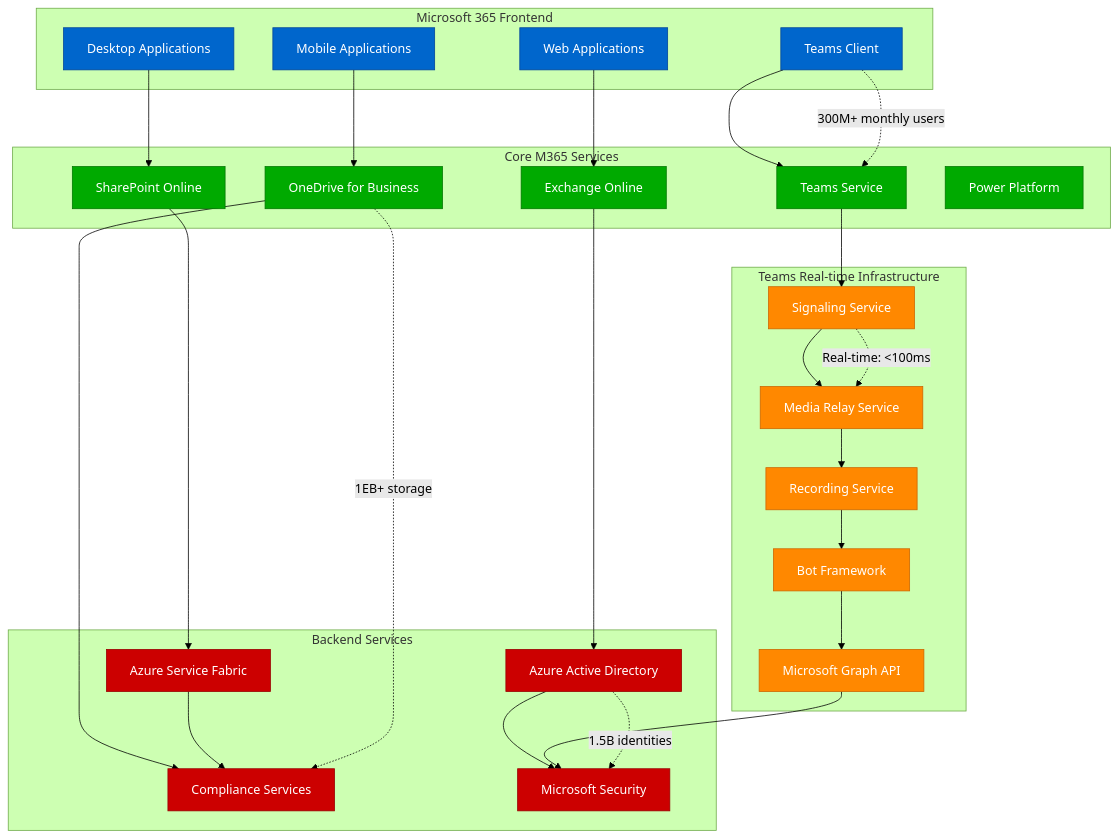
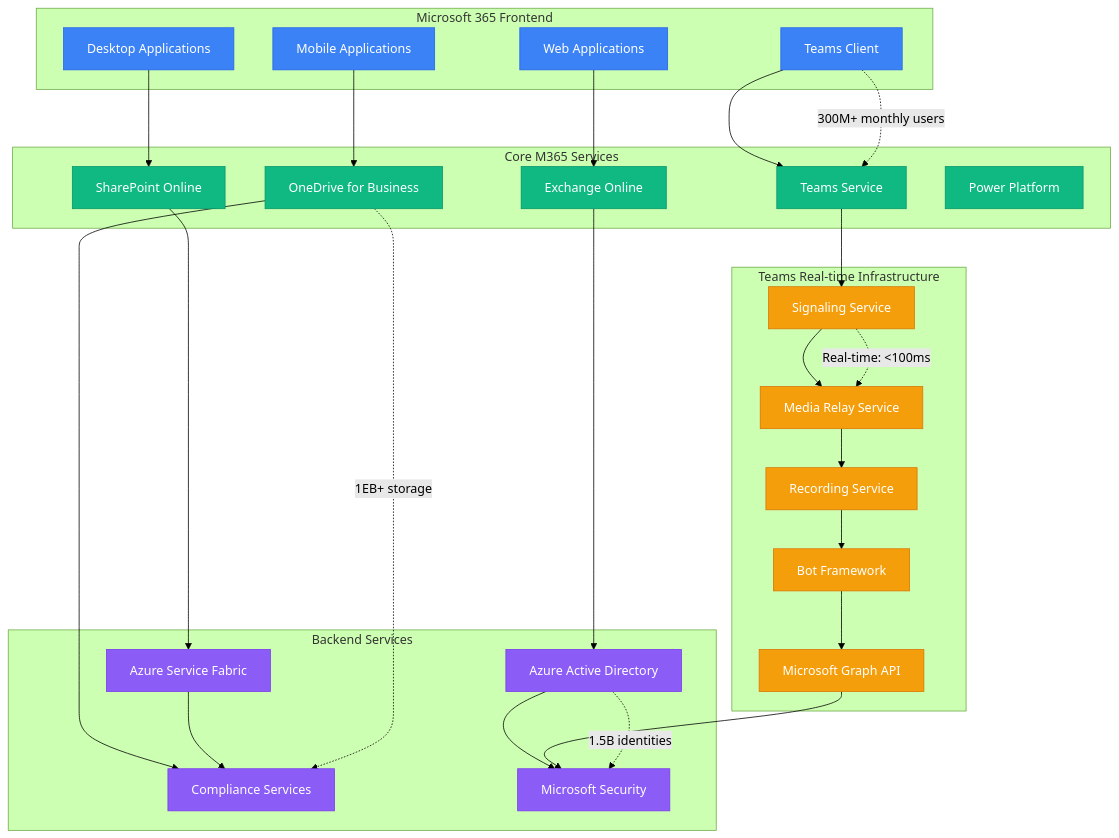
The second of 6 diagrams in site/docs/systems/microsoft/architecture.md (deepaucksharma/DS), drawn with Mermaid (forest theme) before and after one commit. The commit also changed other lines of this file and 303 other files, not shown here.

````diff
--- a/site/docs/systems/microsoft/architecture.md
+++ b/site/docs/systems/microsoft/architecture.md
@@ -93,71 +93,71 @@
 ```mermaid
 graph TB
     subgraph M365Frontend[Microsoft 365 Frontend]
         WEB_CLIENT[Web Applications]
         DESKTOP_APPS[Desktop Applications]
         MOBILE_APPS[Mobile Applications]
         TEAMS_CLIENT[Teams Client]
     end
 
     subgraph M365Services[Core M365 Services]
         EXCHANGE_ONLINE[Exchange Online]
         SHAREPOINT_ONLINE[SharePoint Online]
         ONEDRIVE[OneDrive for Business]
         TEAMS_SERVICE[Teams Service]
         POWER_PLATFORM[Power Platform]
     end
 
     subgraph TeamsInfra[Teams Real-time Infrastructure]
         SIGNALING[Signaling Service]
         MEDIA_RELAY[Media Relay Service]
         RECORDING[Recording Service]
         BOT_FRAMEWORK[Bot Framework]
         GRAPH_API[Microsoft Graph API]
     end
 
     subgraph BackendServices[Backend Services]
         AAD[Azure Active Directory]
         SUBSTRATE[Azure Service Fabric]
         COMPLIANCE[Compliance Services]
         SECURITY[Microsoft Security]
     end
 
     %% Client connections
     WEB_CLIENT --> EXCHANGE_ONLINE
     DESKTOP_APPS --> SHAREPOINT_ONLINE
     MOBILE_APPS --> ONEDRIVE
     TEAMS_CLIENT --> TEAMS_SERVICE
 
     %% Service integration
     EXCHANGE_ONLINE --> AAD
     SHAREPOINT_ONLINE --> SUBSTRATE
     ONEDRIVE --> COMPLIANCE
     TEAMS_SERVICE --> SIGNALING
 
     %% Teams real-time features
     SIGNALING --> MEDIA_RELAY
     MEDIA_RELAY --> RECORDING
     RECORDING --> BOT_FRAMEWORK
     BOT_FRAMEWORK --> GRAPH_API
 
     %% Security integration
     AAD --> SECURITY
     SUBSTRATE --> COMPLIANCE
     GRAPH_API --> SECURITY
 
     %% Scale annotations
     TEAMS_CLIENT -.->|"300M+ monthly users"| TEAMS_SERVICE
     SIGNALING -.->|"Real-time: <100ms"| MEDIA_RELAY
     AAD -.->|"1.5B identities"| SECURITY
     ONEDRIVE -.->|"1EB+ storage"| COMPLIANCE
 
-    classDef clientStyle fill:#0066CC,stroke:#004499,color:#fff
-    classDef serviceStyle fill:#00AA00,stroke:#007700,color:#fff
-    classDef infraStyle fill:#FF8800,stroke:#CC6600,color:#fff
-    classDef backendStyle fill:#CC0000,stroke:#990000,color:#fff
+    classDef clientStyle fill:#3B82F6,stroke:#2563EB,color:#fff
+    classDef serviceStyle fill:#10B981,stroke:#059669,color:#fff
+    classDef infraStyle fill:#F59E0B,stroke:#D97706,color:#fff
+    classDef backendStyle fill:#8B5CF6,stroke:#7C3AED,color:#fff
 
     class WEB_CLIENT,DESKTOP_APPS,MOBILE_APPS,TEAMS_CLIENT clientStyle
     class EXCHANGE_ONLINE,SHAREPOINT_ONLINE,ONEDRIVE,TEAMS_SERVICE,POWER_PLATFORM serviceStyle
     class SIGNALING,MEDIA_RELAY,RECORDING,BOT_FRAMEWORK,GRAPH_API infraStyle
     class AAD,SUBSTRATE,COMPLIANCE,SECURITY backendStyle
 ```
````
